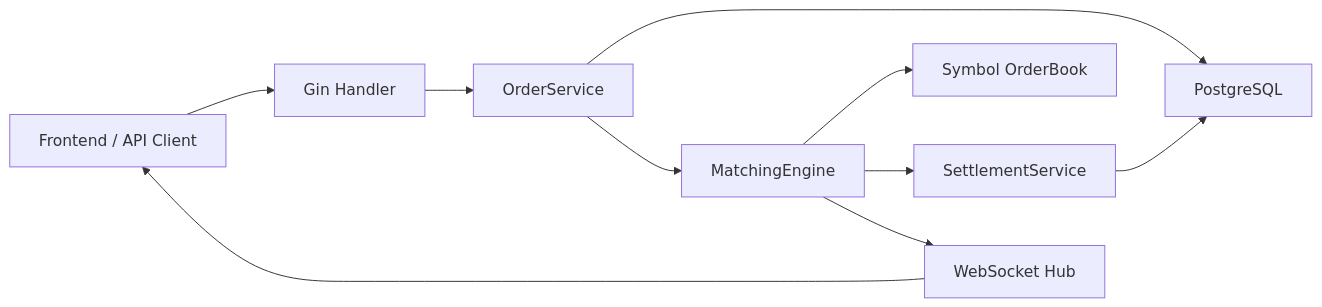
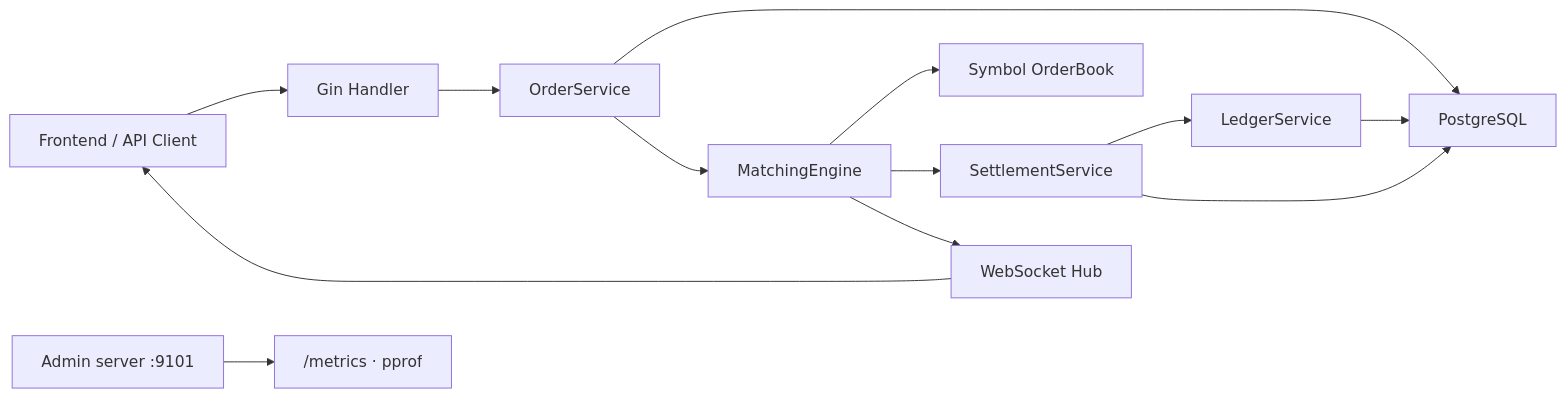
Before and after one commit to Go-Exchange-Project/Go-exchange-back: the first of 3 diagrams in README.md, drawn with Mermaid. The commit also changed other lines of this file and 4 other files, not shown here.

````diff
--- a/README.md
+++ b/README.md
@@ -68,21 +78,26 @@
 ```mermaid
 flowchart LR
     Client["Frontend / API Client"]
     Handler["Gin Handler"]
     Service["OrderService"]
     DB["PostgreSQL"]
     Engine["MatchingEngine"]
     Book["Symbol OrderBook"]
     Settlement["SettlementService"]
+    Ledger["LedgerService"]
     WS["WebSocket Hub"]
+    Admin["Admin server :9101"]
 
     Client --> Handler
     Handler --> Service
     Service --> DB
     Service --> Engine
     Engine --> Book
     Engine --> Settlement
+    Settlement --> Ledger
+    Ledger --> DB
     Settlement --> DB
     Engine --> WS
     WS --> Client
+    Admin --> Metrics["/metrics · pprof"]
 ```
````
